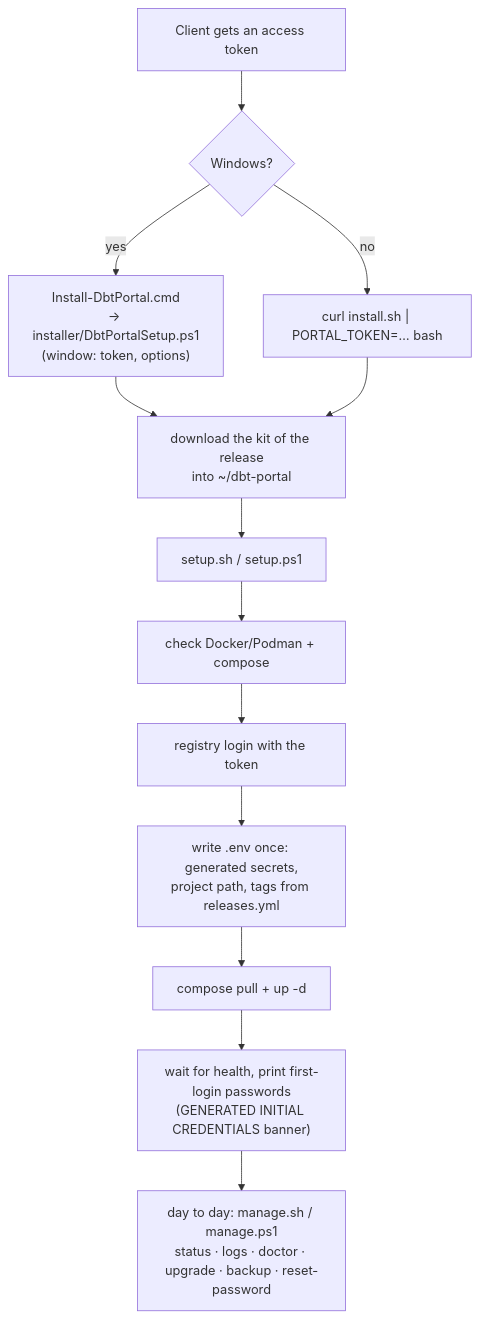
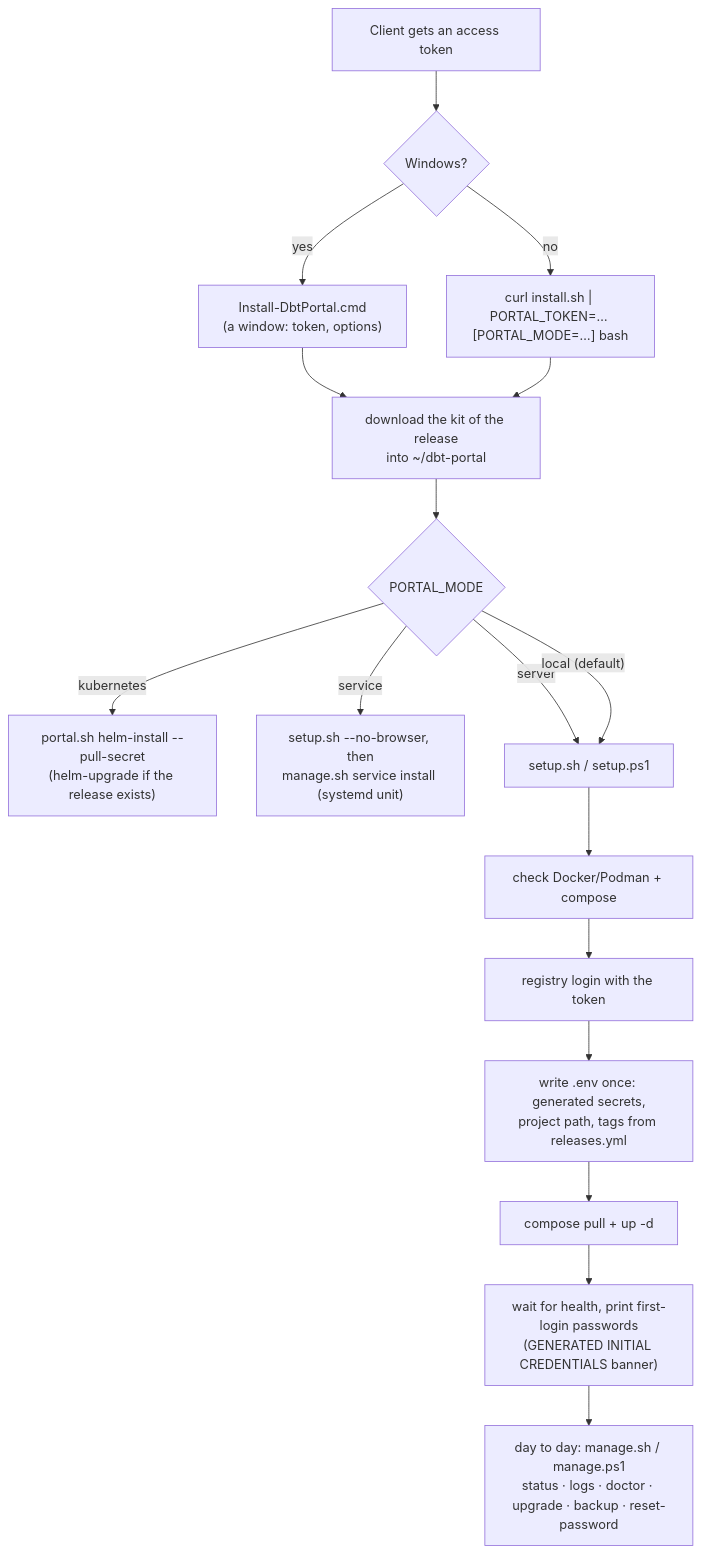
The fourth of 8 diagrams in docs/DEVELOPER_GUIDE.md (omaryehia015/capgemini-dbt-portal-deploy), drawn with Mermaid before and after one commit. The commit also changed other lines of this file and 88 other files, not shown here.

Commit message:
Add client install modes, Helm chart, OCI chart and release automation

````diff
--- a/docs/DEVELOPER_GUIDE.md
+++ b/docs/DEVELOPER_GUIDE.md
@@ -99,15 +124,19 @@
 ```mermaid
 flowchart TD
   T["Client gets an access token"] --> W{"Windows?"}
-  W -- yes --> CMD["Install-DbtPortal.cmd<br/>→ installer/DbtPortalSetup.ps1<br/>(window: token, options)"]
-  W -- no --> CURL["curl install.sh | PORTAL_TOKEN=… bash"]
+  W -- yes --> CMD["Install-DbtPortal.cmd<br/>(a window: token, options)"]
+  W -- no --> CURL["curl install.sh | PORTAL_TOKEN=… [PORTAL_MODE=…] bash"]
   CMD --> KIT["download the kit of the release<br/>into ~/dbt-portal"]
   CURL --> KIT
-  KIT --> SETUP["setup.sh / setup.ps1"]
+  KIT --> MODE{"PORTAL_MODE"}
+  MODE -- "kubernetes" --> HELM["portal.sh helm-install --pull-secret<br/>(helm-upgrade if the release exists)"]
+  MODE -- "service" --> SVC["setup.sh --no-browser, then<br/>manage.sh service install (systemd unit)"]
+  MODE -- "server" --> SETUP
+  MODE -- "local (default)" --> SETUP["setup.sh / setup.ps1"]
   SETUP --> S1["check Docker/Podman + compose"]
   S1 --> S2["registry login with the token"]
   S2 --> S3["write .env once: generated secrets,<br/>project path, tags from releases.yml"]
   S3 --> S4["compose pull + up -d"]
   S4 --> S5["wait for health, print first-login passwords<br/>(GENERATED INITIAL CREDENTIALS banner)"]
   S5 --> MG["day to day: manage.sh / manage.ps1<br/>status · logs · doctor · upgrade · backup · reset-password"]
 ```
````
